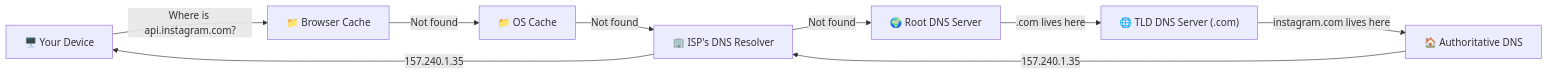
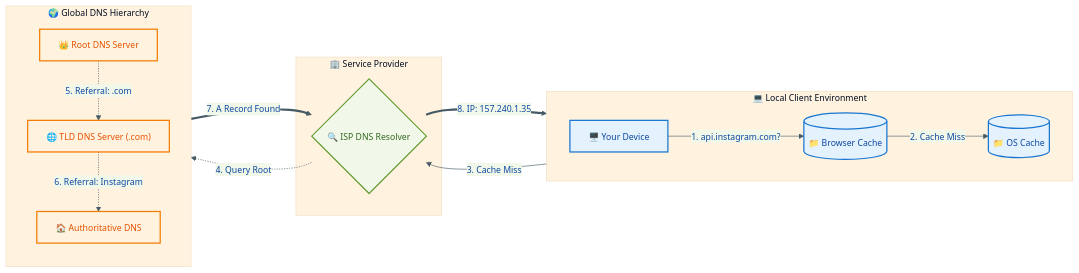
One commit to HarshitN87/Sriniously_backend_notes changed the first of 6 diagrams in 01_How_Requests_Travel.md. Above: the diagram before and after it, drawn with Mermaid. The commit also changed other lines of this file and 8 other files, not shown here.

````diff
--- a/01_How_Requests_Travel.md
+++ b/01_How_Requests_Travel.md
@@ -62,11 +62,58 @@
 ```mermaid
+%%{init: {
+  'theme': 'base',
+  'themeVariables': {
+    'primaryColor': '#e3f2fd',
+    'primaryTextColor': '#0d47a1',
+    'primaryBorderColor': '#1976d2',
+    'lineColor': '#455a64',
+    'secondaryColor': '#f1f8e9',
+    'tertiaryColor': '#fff3e0',
+    'fontSize': '14px',
+    'fontFamily': 'verdana'
+  }
+} }%%
+
 flowchart LR
-    A["🖥️ Your Device"] -->|"Where is api.instagram.com?"| B["📁 Browser Cache"]
-    B -->|"Not found"| C["📁 OS Cache"]
-    C -->|"Not found"| D["🏢 ISP's DNS Resolver"]
-    D -->|"Not found"| E["🌍 Root DNS Server"]
-    E -->|".com lives here"| F["🌐 TLD DNS Server (.com)"]
-    F -->|"instagram.com lives here"| G["🏠 Authoritative DNS"]
-    G -->|"157.240.1.35"| D
-    D -->|"157.240.1.35"| A
+    %% Logical Grouping for Environmental Context
+    subgraph Client ["💻 Local Client Environment"]
+        direction LR
+        A["🖥️ Your Device"]
+        B[("📁 Browser Cache")]
+        C[("📁 OS Cache")]
+    end
+
+    subgraph ISP_Layer ["🏢 Service Provider"]
+        D{"🔍 ISP DNS Resolver"}
+    end
+
+    subgraph Global_DNS ["🌍 Global DNS Hierarchy"]
+        direction TB
+        E["👑 Root DNS Server"]
+        F["🌐 TLD DNS Server (.com)"]
+        G["🏠 Authoritative DNS"]
+    end
+
+    %% Step-by-Step Resolution Path
+    A -->|"1. api.instagram.com?"| B
+    B -->|"2. Cache Miss"| C
+    C -->|"3. Cache Miss"| D
+
+    %% Recursive Query Logic
+    D -.->|"4. Query Root"| E
+    E -.->|"5. Referral: .com"| F
+    F -.->|"6. Referral: Instagram"| G
+
+    %% Final Resolution Path
+    G ==>|"7. A Record Found"| D
+    D ==>|"8. IP: 157.240.1.35"| A
+
+    %% Professional Styling Classes
+    classDef clientNode fill:#e3f2fd,stroke:#1976d2,stroke-width:2px,color:#0d47a1;
+    classDef ispNode fill:#f1f8e9,stroke:#689f38,stroke-width:2px,color:#33691e;
+    classDef globalNode fill:#fff3e0,stroke:#f57c00,stroke-width:2px,color:#e65100;
+
+    class A,B,C clientNode;
+    class D ispNode;
+    class E,F,G globalNode;
 ```
````
